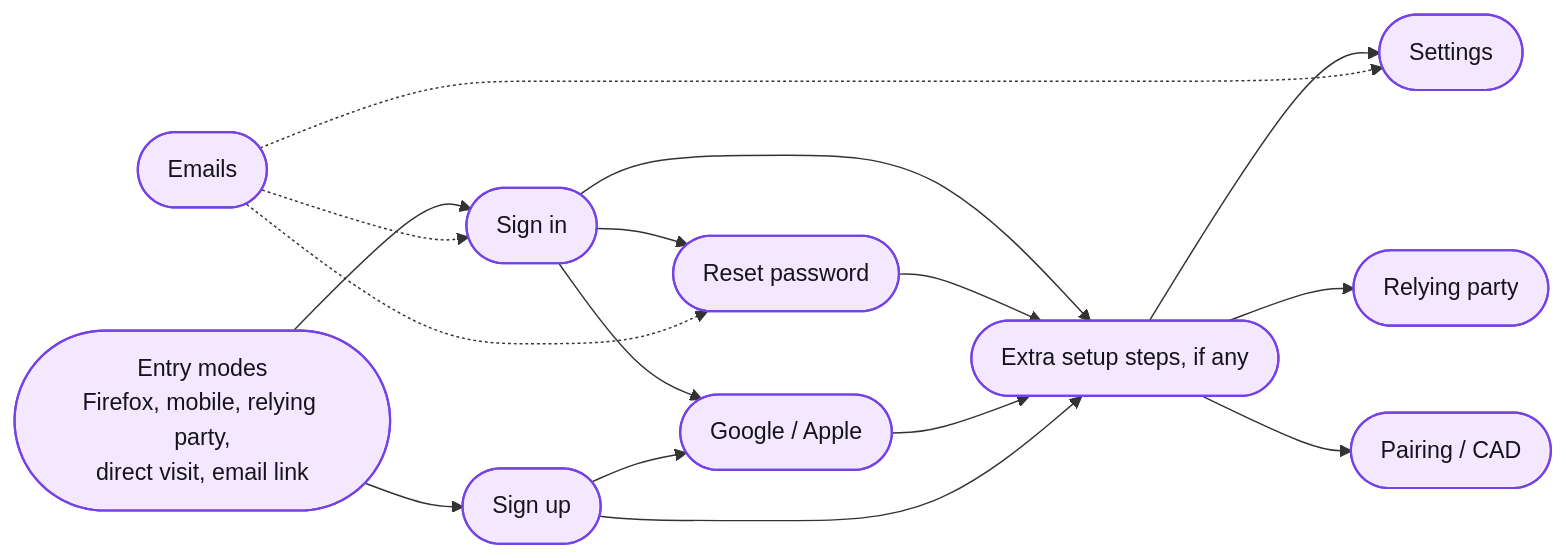
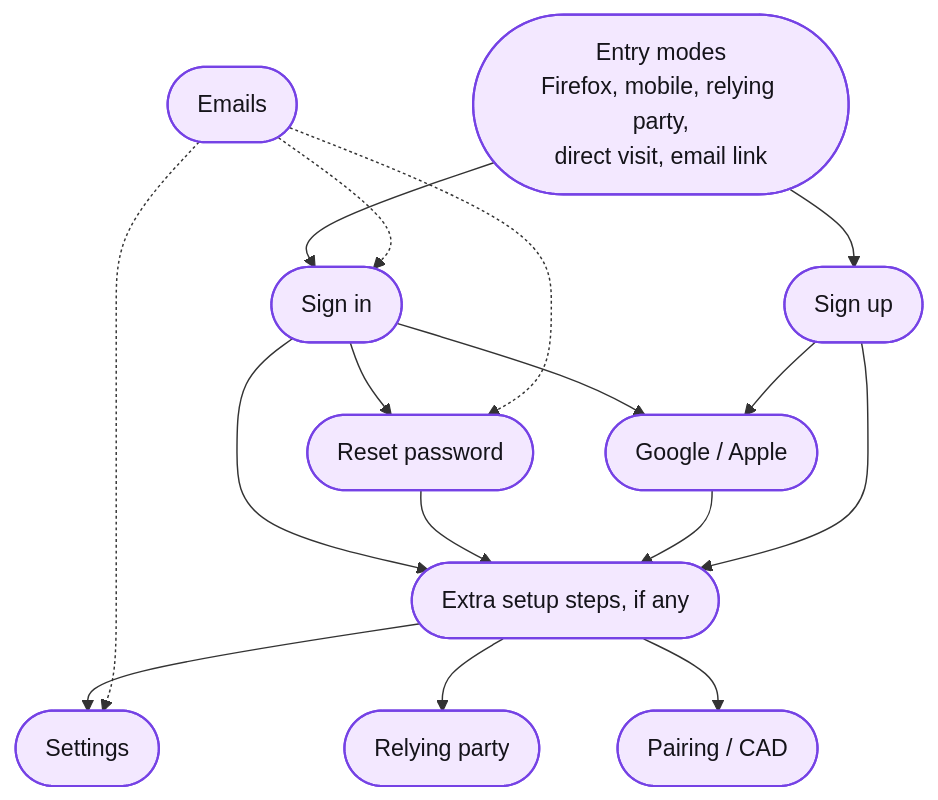
Before and after one commit to mozilla/ecosystem-platform: the diagram in docs/fxa-sitemap/index.md, drawn with Mermaid. The commit also changed 1 other file, not shown here.

Commit message:
docs(fxa-sitemap): read every map top to bottom
The overview was left-to-right while the flow pages were top-to-bottom.
It is shallow enough to read top-to-bottom at full size, so it now matches.
The pairing map stacks the two generations vertically instead of side by
side, which raises its text from 6.5 px to 10 px at page width.

````diff
--- a/docs/fxa-sitemap/index.md
+++ b/docs/fxa-sitemap/index.md
@@ -14,37 +14,37 @@
 ```mermaid
 %%{init: {"flowchart": {"padding": 28}}}%%
-flowchart LR
+flowchart TD
   entry(["Entry modes<br/>Firefox, mobile, relying party,<br/>direct visit, email link"]) --> signin(["Sign in"])
   entry --> signup(["Sign up"])
   signin --> reset(["Reset password"])
   signin --> tpa(["Google / Apple"])
   signup --> tpa
   signin --> extra(["Extra setup steps, if any"])
   reset --> extra
   tpa --> extra
   signup --> extra
   extra --> settings(["Settings"])
   extra --> rp(["Relying party"])
   extra --> pair(["Pairing / CAD"])
   emails(["Emails"]) -.-> signin
   emails -.-> reset
   emails -.-> settings
   classDef page fill:#deebff,stroke:#0060df,stroke-width:1.5px,color:#15141a
   classDef step fill:#f9f9fb,stroke:#8f8f9d,color:#15141a
   classDef legacy fill:#f0f0f4,stroke:#8f8f9d,stroke-dasharray:5 3,color:#5b5b66
   classDef exit fill:#e3fff3,stroke:#017a40,color:#15141a
   classDef source fill:#fff4de,stroke:#c45a27,color:#15141a
   classDef flow fill:#f3e8ff,stroke:#7542e5,stroke-width:1.5px,color:#15141a
   classDef mode fill:#f0f0f4,stroke:#5b5b66,color:#15141a
   class entry,signin,signup,reset,tpa,extra,settings,rp,pair,emails flow
   click entry href "/ecosystem-platform/fxa-sitemap/entry-modes"
   click signin href "/ecosystem-platform/fxa-sitemap/flow-signin"
   click signup href "/ecosystem-platform/fxa-sitemap/flow-signup"
   click reset href "/ecosystem-platform/fxa-sitemap/flow-reset-password"
   click tpa href "/ecosystem-platform/fxa-sitemap/flow-third-party-auth"
   click extra href "/ecosystem-platform/fxa-sitemap/flow-post-signin-setup"
   click settings href "/ecosystem-platform/fxa-sitemap/flow-settings"
   click rp href "/ecosystem-platform/fxa-sitemap/flow-oauth-relying-party"
   click pair href "/ecosystem-platform/fxa-sitemap/flow-pairing"
   click emails href "/ecosystem-platform/fxa-sitemap/emails"
 ```
````
